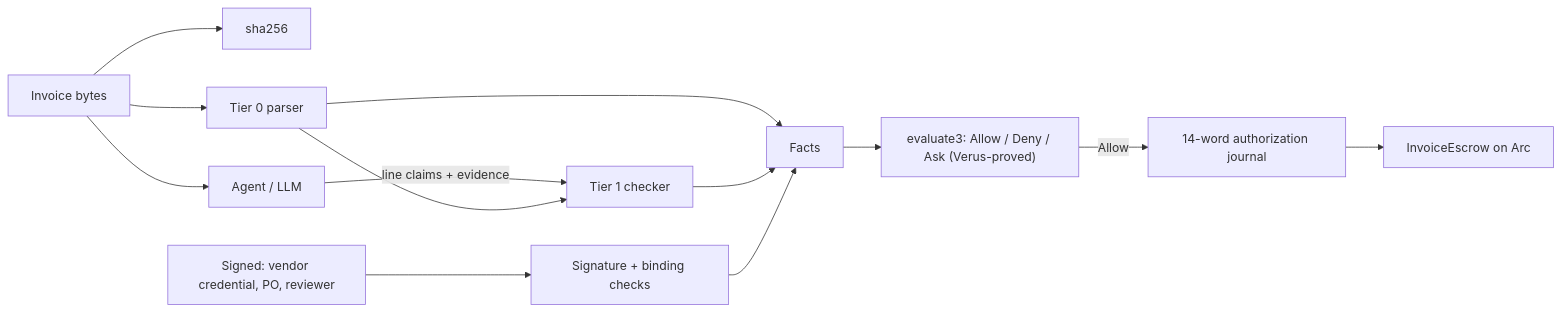
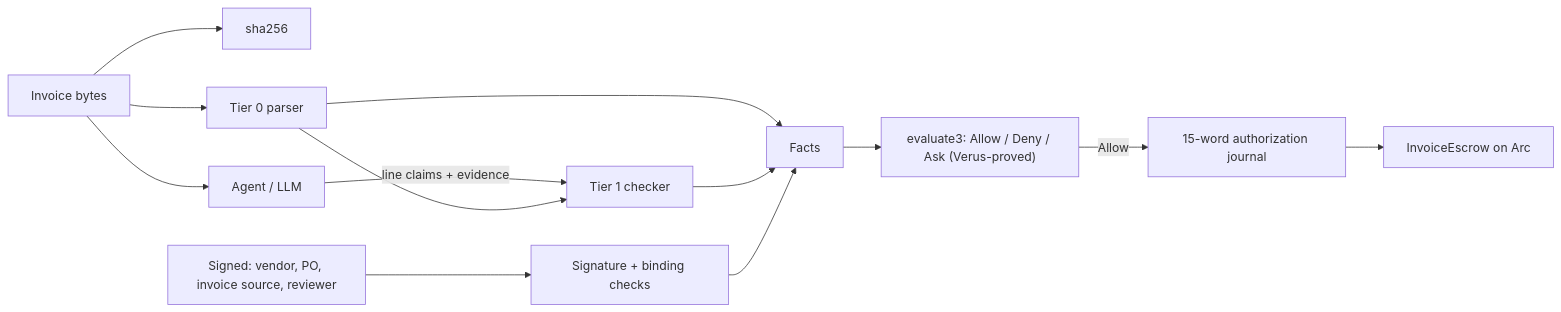
Before and after one commit to mnemonik-xyz/warrant: the first of 6 diagrams in case.md, drawn with Mermaid. The commit also changed other lines of this file and 7 other files, not shown here.

````diff
--- a/case.md
+++ b/case.md
@@ -32,15 +40,15 @@
 ```mermaid
 flowchart LR
   D[Invoice bytes] --> H[sha256]
   D --> P[Tier 0 parser]
   D --> A[Agent / LLM]
   A -- "line claims + evidence" --> C[Tier 1 checker]
   P --> C
-  S[Signed: vendor credential, PO, reviewer] --> V[Signature + binding checks]
+  S[Signed: vendor, PO, invoice source, reviewer] --> V[Signature + binding checks]
   P --> F[Facts]
   C --> F
   V --> F
   F --> E["evaluate3: Allow / Deny / Ask (Verus-proved)"]
-  E -- Allow --> J[14-word authorization journal]
+  E -- Allow --> J[15-word authorization journal]
   J --> X[InvoiceEscrow on Arc]
 ```
````
